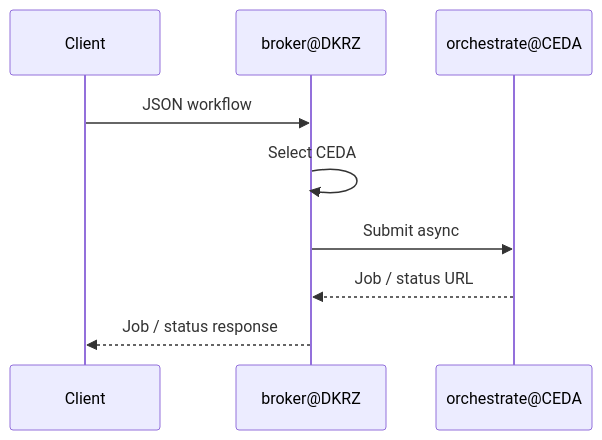
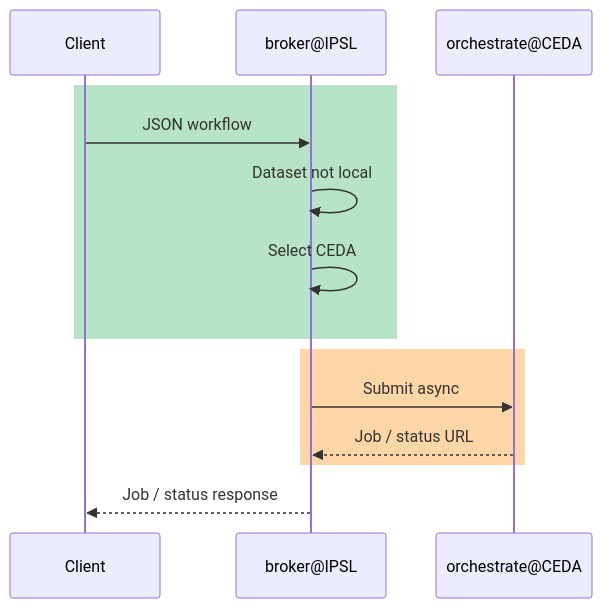
Diagram 15 of 20 in ARCH_ESGF2.md (roocs/rook), drawn with Mermaid before and after one commit. The commit also changed other lines of this file, not shown here.

````diff
--- a/ARCH_ESGF2.md
+++ b/ARCH_ESGF2.md
@@ -486,12 +536,19 @@
 ```mermaid
 sequenceDiagram
     participant C as Client
-    participant B as broker@DKRZ
+    participant B as broker@IPSL
     participant O as orchestrate@CEDA
 
-    C->>B: JSON workflow
-    B->>B: Select CEDA
-    B->>O: Submit async
-    O-->>B: Job / status URL
+    rect rgb(183, 228, 199)
+        C->>B: JSON workflow
+        B->>B: Dataset not local
+        B->>B: Select CEDA
+    end
+
+    rect rgb(255, 214, 165)
+        B->>O: Submit async
+        O-->>B: Job / status URL
+    end
+
     B-->>C: Job / status response
 ```
````
